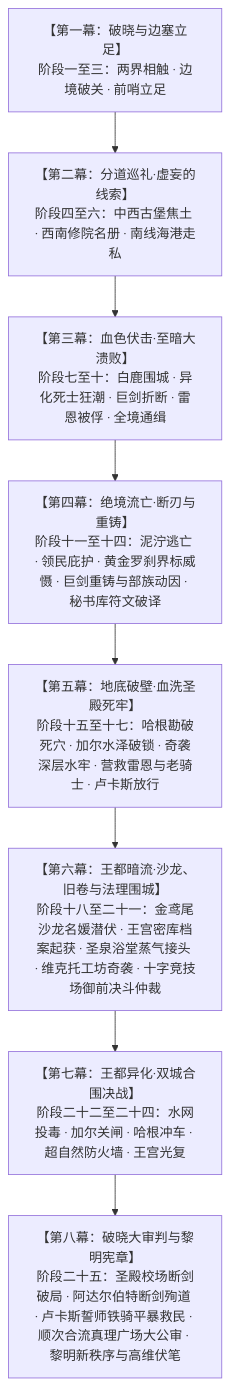
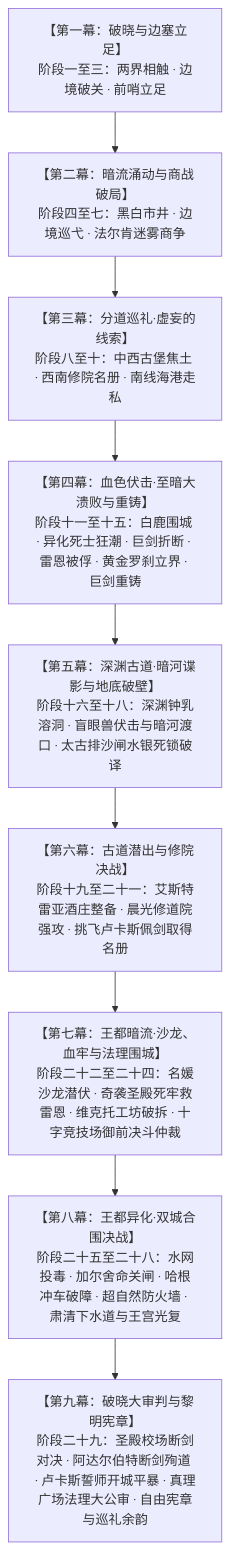
The diagram in 方案/第二部/写作指导/第二部章节规划与扩写方案.md (soranokiseki1437/eldoria-worldbook), drawn with Mermaid before and after one commit. The commit also changed other lines of this file and 41 other files, not shown here.

````diff
--- a/方案/第二部/写作指导/第二部章节规划与扩写方案.md
+++ b/方案/第二部/写作指导/第二部章节规划与扩写方案.md
@@ -16,13 +16,14 @@
 ```mermaid
 graph TD
     M1["【第一幕：破晓与边塞立足】<br/>阶段一至三：两界相触 · 边境破关 · 前哨立足"]
-    M2["【第二幕：分道巡礼·虚妄的线索】<br/>阶段四至六：中西古堡焦土 · 西南修院名册 · 南线海港走私"]
-    M3["【第三幕：血色伏击·至暗大溃败】<br/>阶段七至十：白鹿围城 · 异化死士狂潮 · 巨剑折断 · 雷恩被俘 · 全境通缉"]
-    M4["【第四幕：绝境流亡·断刃与重铸】<br/>阶段十一至十四：泥泞逃亡 · 领民庇护 · 黄金罗刹界标威慑 · 巨剑重铸与部族动因 · 秘书库符文破译"]
-    M5["【第五幕：地底破壁·血洗圣殿死牢】<br/>阶段十五至十七：哈根勘破死穴 · 加尔水泽破锁 · 奇袭深层水牢 · 营救雷恩与老骑士 · 卢卡斯放行"]
-    M6["【第六幕：王都暗流·沙龙、旧卷与法理围城】<br/>阶段十八至二十一：金鸢尾沙龙名媛潜伏 · 王宫密库档案起获 · 圣泉浴堂蒸气接头 · 维克托工坊奇袭 · 十字竞技场御前决斗仲裁"]
-    M7["【第七幕：王都异化·双城合围决战】<br/>阶段二十二至二十四：水网投毒 · 加尔关闸 · 哈根冲车 · 超自然防火墙 · 王宫光复"]
-    M8["【第八幕：破晓大审判与黎明宪章】<br/>阶段二十五：圣殿校场断剑破局 · 阿达尔伯特断剑殉道 · 卢卡斯誓师铁骑平暴救民 · 顺次合流真理广场大公审 · 黎明新秩序与高维伏笔"]
+    M2["【第二幕：暗流涌动与商战破局】<br/>阶段四至七：黑白市井 · 边境巡弋 · 法尔肯迷雾商争"]
+    M3["【第三幕：分道巡礼·虚妄的线索】<br/>阶段八至十：中西古堡焦土 · 西南修院名册 · 南线海港走私"]
+    M4["【第四幕：血色伏击·至暗大溃败与重铸】<br/>阶段十一至十五：白鹿围城 · 异化死士狂潮 · 巨剑折断 · 雷恩被俘 · 黄金罗刹立界 · 巨剑重铸"]
+    M5["【第五幕：深渊古道·暗河谍影与地底破壁】<br/>阶段十六至十八：深渊钟乳溶洞 · 盲眼兽伏击与暗河渡口 · 太古排沙闸水银死锁破译"]
+    M6["【第六幕：古道潜出与修院决战】<br/>阶段十九至二十一：艾斯特雷亚酒庄整备 · 晨光修道院强攻 · 挑飞卢卡斯佩剑取得名册"]
+    M7["【第七幕：王都暗流·沙龙、血牢与法理围城】<br/>阶段二十二至二十四：名媛沙龙潜伏 · 奇袭圣殿死牢救雷恩 · 维克托工坊破拆 · 十字竞技场御前决斗仲裁"]
+    M8["【第八幕：王都异化·双城合围决战】<br/>阶段二十五至二十八：水网投毒 · 加尔舍命关闸 · 哈根冲车破障 · 超自然防火墙 · 肃清下水道与王宫光复"]
+    M9["【第九幕：破晓大审判与黎明宪章】<br/>阶段二十九：圣殿校场断剑对决 · 阿达尔伯特断剑殉道 · 卢卡斯誓师开城平暴 · 真理广场法理大公审 · 自由宪章与巡礼余韵"]
 
-    M1 --> M2 --> M3 --> M4 --> M5 --> M6 --> M7 --> M8
+    M1 --> M2 --> M3 --> M4 --> M5 --> M6 --> M7 --> M8 --> M9
 ```
````
